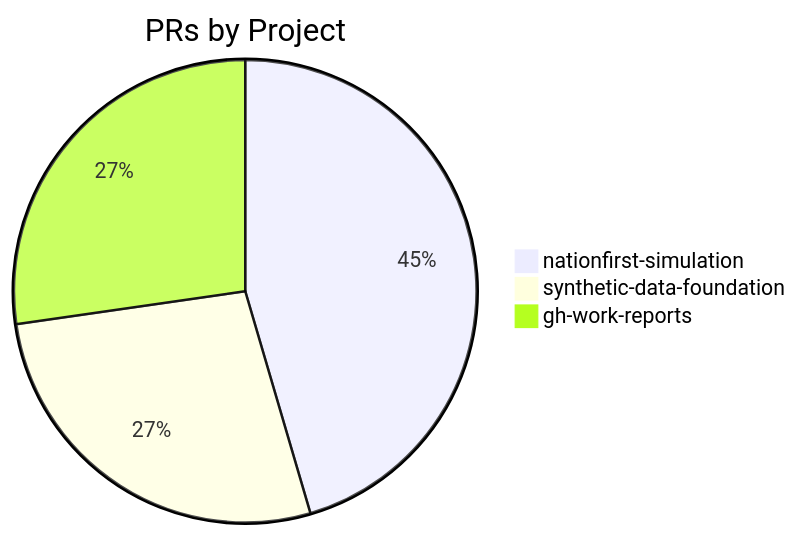
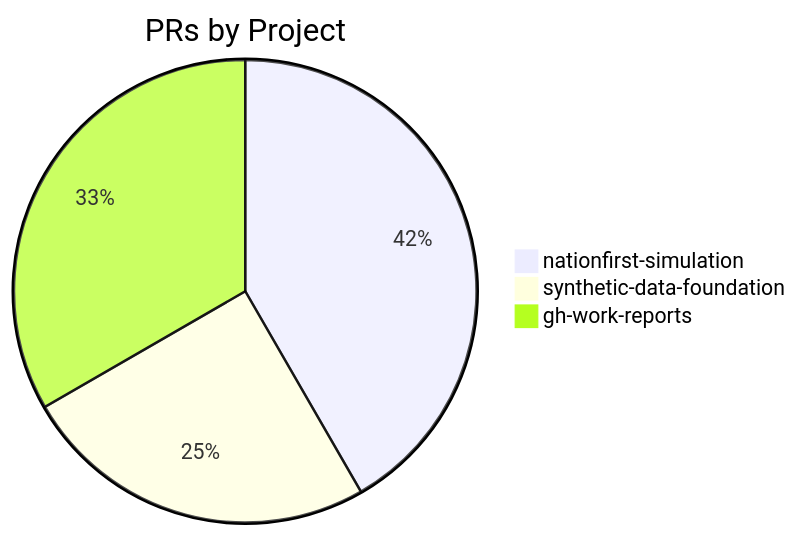
The first of 2 diagrams in docs/reports/report-2026-04-06-to-2026-04-13.md (nlscng/gh-work-reports), drawn with Mermaid before and after one commit. The commit also changed other lines of this file and 1 other file, not shown here.

````diff
--- a/docs/reports/report-2026-04-06-to-2026-04-13.md
+++ b/docs/reports/report-2026-04-06-to-2026-04-13.md
@@ -49,6 +50,6 @@
 ```mermaid
 pie title PRs by Project
     "nationfirst-simulation" : 5
     "synthetic-data-foundation" : 3
-    "gh-work-reports" : 3
+    "gh-work-reports" : 4
 ```
````
